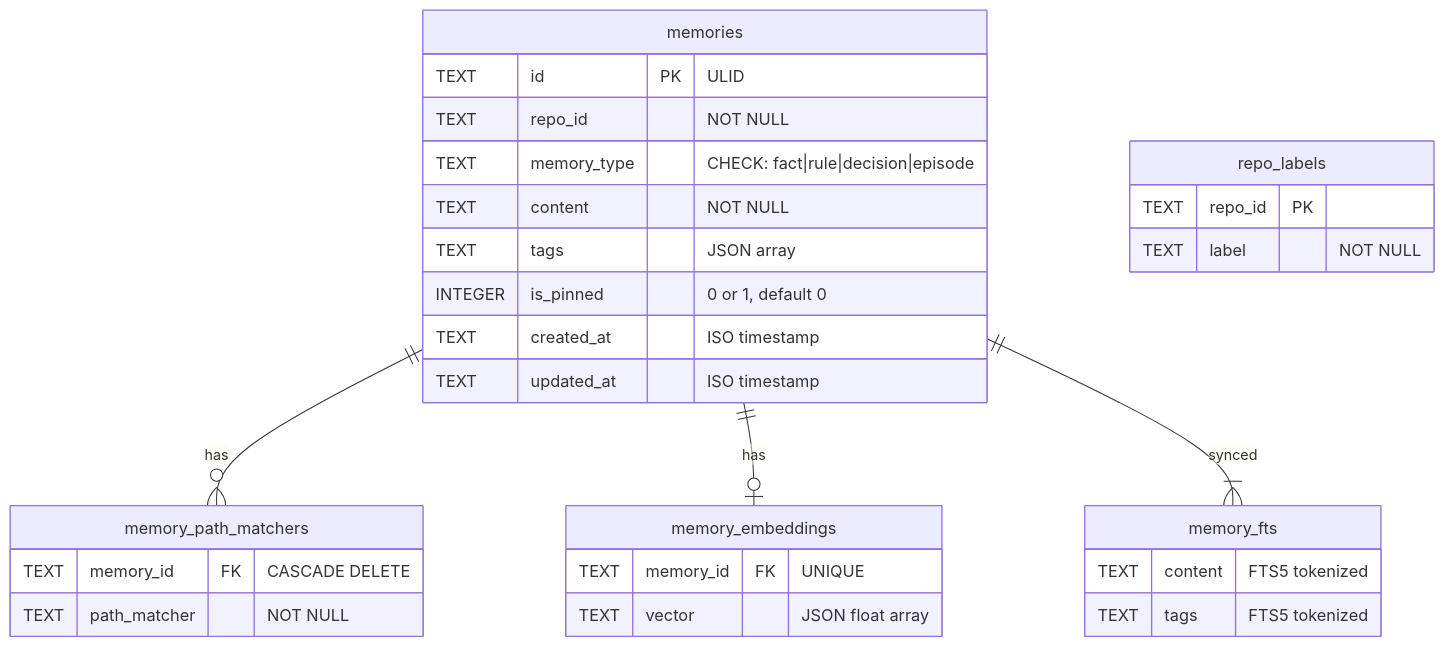
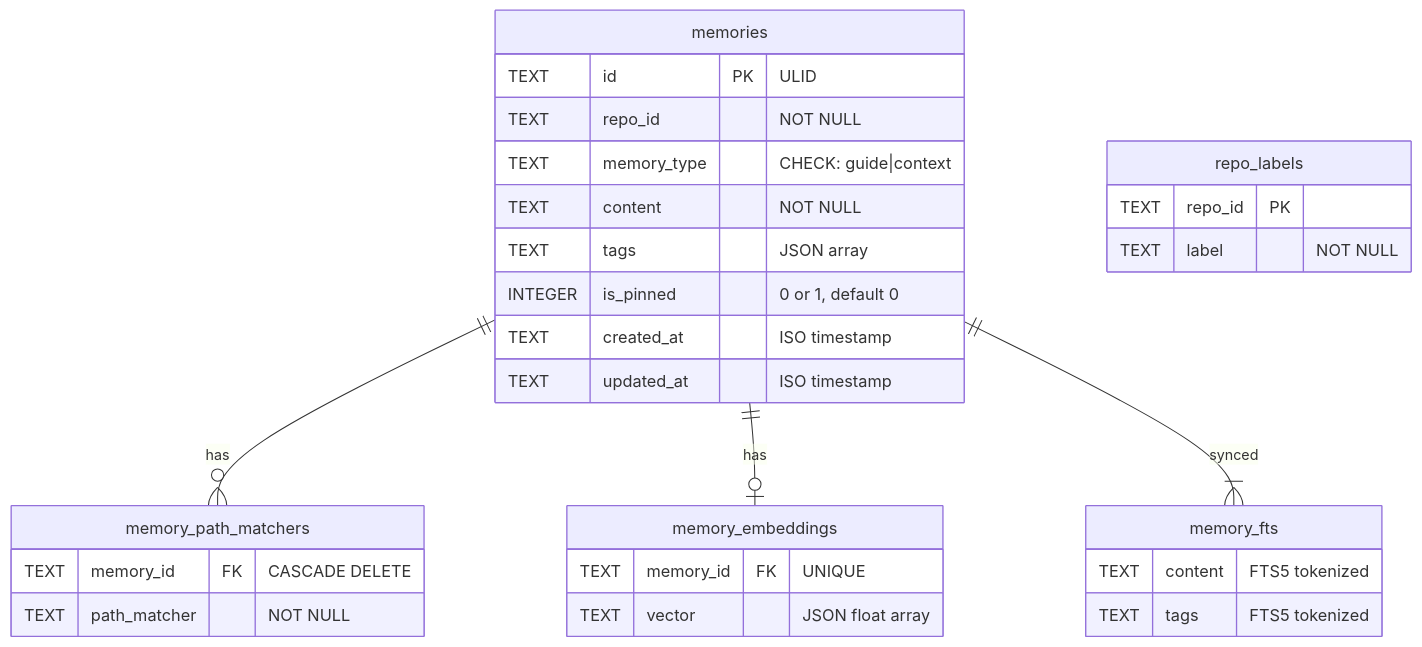
Before and after one commit to Michael-Simkin/memories: the first of 3 diagrams in docs/05-storage-and-retrieval.md, drawn with Mermaid. The commit also changed other lines of this file and 39 other files, not shown here.

First line of the commit message:
Rename memory types to guide/context, clean up naming conventions

````diff
--- a/docs/05-storage-and-retrieval.md
+++ b/docs/05-storage-and-retrieval.md
@@ -11,37 +11,37 @@
 ```mermaid
 erDiagram
     memories {
         TEXT id PK "ULID"
         TEXT repo_id "NOT NULL"
-        TEXT memory_type "CHECK: fact|rule|decision|episode"
+        TEXT memory_type "CHECK: guide|context"
         TEXT content "NOT NULL"
         TEXT tags "JSON array"
         INTEGER is_pinned "0 or 1, default 0"
         TEXT created_at "ISO timestamp"
         TEXT updated_at "ISO timestamp"
     }
 
     memory_fts {
         TEXT content "FTS5 tokenized"
         TEXT tags "FTS5 tokenized"
     }
 
     memory_path_matchers {
         TEXT memory_id FK "CASCADE DELETE"
         TEXT path_matcher "NOT NULL"
     }
 
     memory_embeddings {
         TEXT memory_id FK "UNIQUE"
         TEXT vector "JSON float array"
     }
 
     repo_labels {
         TEXT repo_id PK
         TEXT label "NOT NULL"
     }
 
     memories ||--o{ memory_path_matchers : "has"
     memories ||--o| memory_embeddings : "has"
     memories ||--|{ memory_fts : "synced"
 ```
````
